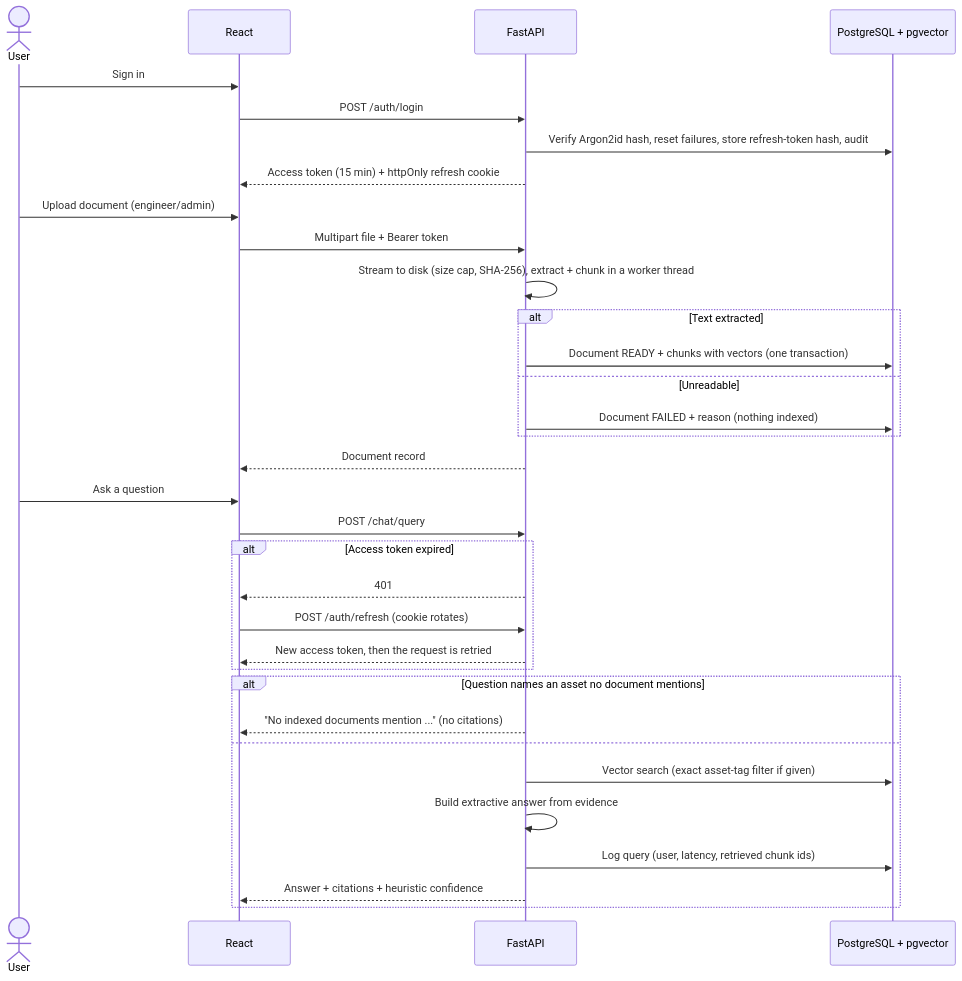
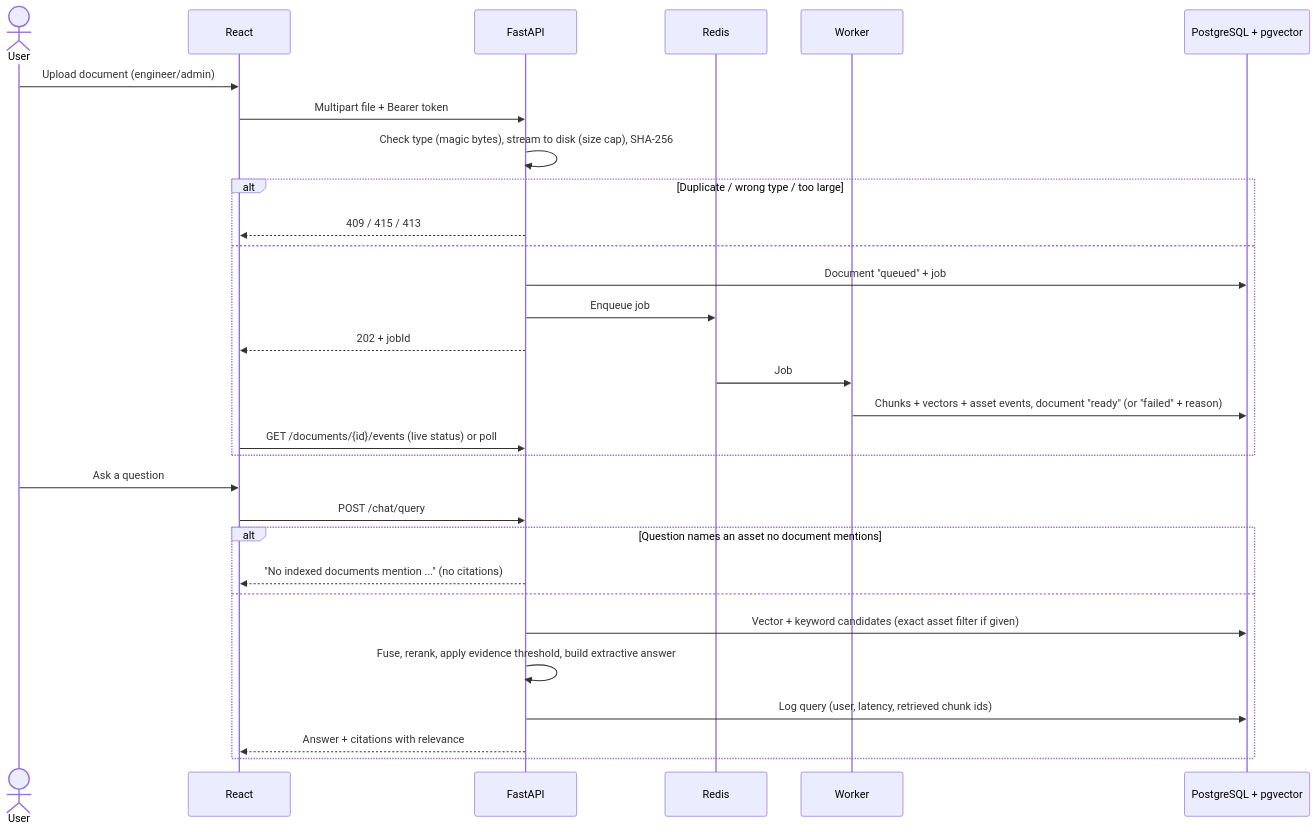
One commit to Balavigneshcse/IndustrialBrain changed the second of 2 diagrams in docs/architecture.md. Above: the diagram before and after it, drawn with Mermaid. The commit also changed other lines of this file and 9 other files, not shown here.

````diff
--- a/docs/architecture.md
+++ b/docs/architecture.md
@@ -37,38 +51,34 @@
 ```mermaid
 sequenceDiagram
     actor User
     participant UI as React
     participant API as FastAPI
+    participant Q as Redis
+    participant W as Worker
     participant DB as PostgreSQL + pgvector
-
-    User->>UI: Sign in
-    UI->>API: POST /auth/login
-    API->>DB: Verify Argon2id hash, reset failures, store refresh-token hash, audit
-    API-->>UI: Access token (15 min) + httpOnly refresh cookie
 
     User->>UI: Upload document (engineer/admin)
     UI->>API: Multipart file + Bearer token
-    API->>API: Stream to disk (size cap, SHA-256), extract + chunk in a worker thread
-    alt Text extracted
-        API->>DB: Document READY + chunks with vectors (one transaction)
-    else Unreadable
-        API->>DB: Document FAILED + reason (nothing indexed)
+    API->>API: Check type (magic bytes), stream to disk (size cap), SHA-256
+    alt Duplicate / wrong type / too large
+        API-->>UI: 409 / 415 / 413
+    else
+        API->>DB: Document "queued" + job
+        API->>Q: Enqueue job
+        API-->>UI: 202 + jobId
+        Q->>W: Job
+        W->>DB: Chunks + vectors + asset events, document "ready" (or "failed" + reason)
+        UI->>API: GET /documents/{id}/events (live status) or poll
     end
-    API-->>UI: Document record
 
     User->>UI: Ask a question
     UI->>API: POST /chat/query
-    alt Access token expired
-        API-->>UI: 401
-        UI->>API: POST /auth/refresh (cookie rotates)
-        API-->>UI: New access token, then the request is retried
-    end
     alt Question names an asset no document mentions
         API-->>UI: "No indexed documents mention ..." (no citations)
     else
-        API->>DB: Vector search (exact asset-tag filter if given)
-        API->>API: Build extractive answer from evidence
+        API->>DB: Vector + keyword candidates (exact asset filter if given)
+        API->>API: Fuse, rerank, apply evidence threshold, build extractive answer
         API->>DB: Log query (user, latency, retrieved chunk ids)
-        API-->>UI: Answer + citations + heuristic confidence
+        API-->>UI: Answer + citations with relevance
     end
 ```
````
